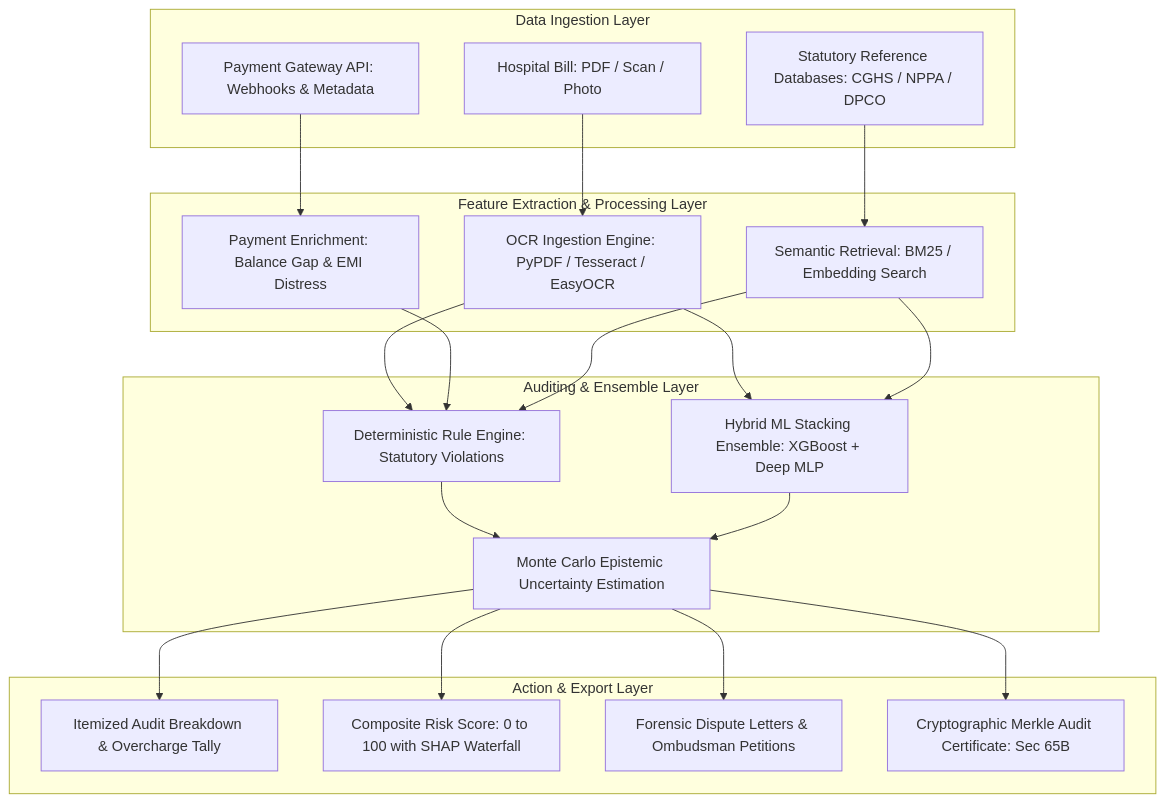
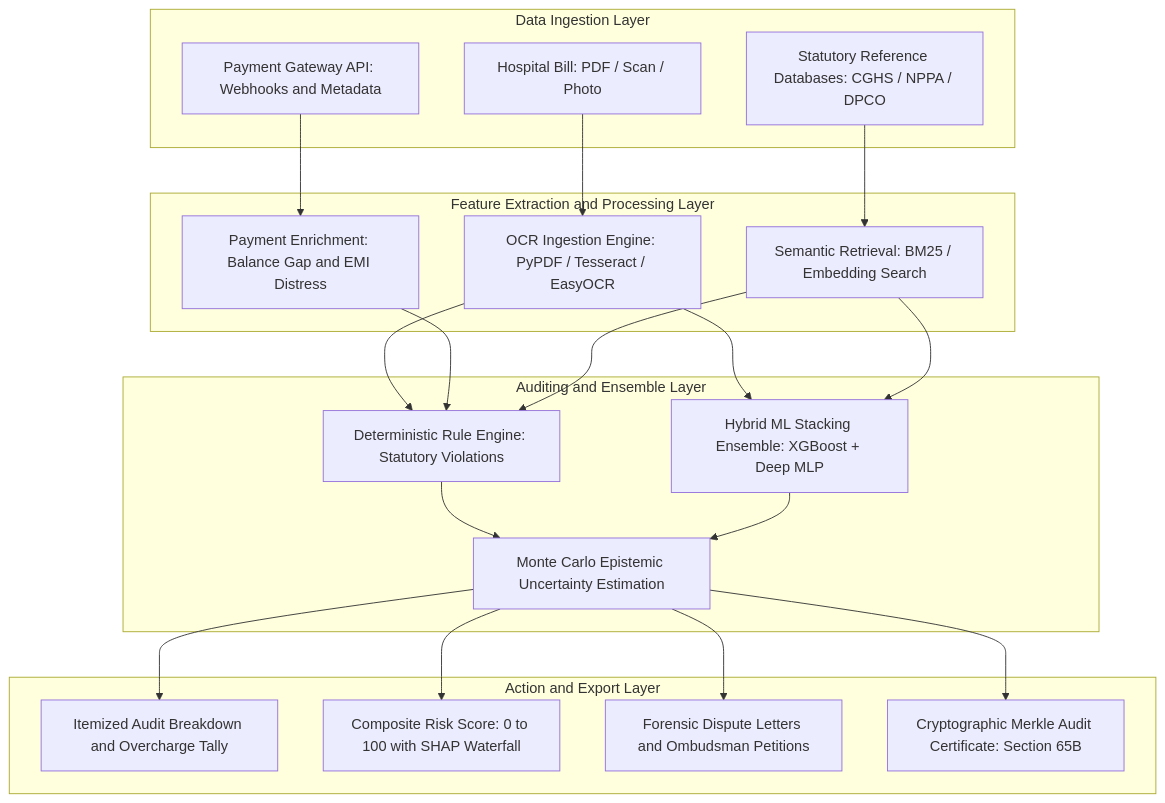
One commit to Harshil-18-byte/CuraVeris changed the second of 2 diagrams in README.md. Above: the diagram before and after it, drawn with Mermaid. The commit also changed other lines of this file, not shown here.

Commit message:
Rewrite README in engineering documentation style: stripped metadata frontmatter, added mermaid diagrams, math formulas, stat table, and links to all docs

````diff
--- a/README.md
+++ b/README.md
@@ -56,46 +82,45 @@
 ```mermaid
 flowchart TD
-    subgraph Inputs [Data Ingestion Layer]
-        A1[Hospital Bill: PDF / Scan / Photo]
-        A2[Payment Gateway API: Webhooks & Metadata]
-        A3[Statutory Reference Databases: CGHS / NPPA / DPCO]
-    end
+  subgraph Inputs [Data Ingestion Layer]
+    A1[Hospital Bill: PDF / Scan / Photo]
+    A2[Payment Gateway API: Webhooks and Metadata]
+    A3[Statutory Reference Databases: CGHS / NPPA / DPCO]
+  end
 
-    subgraph Processing [Feature Extraction & Processing Layer]
-        B1[OCR Ingestion Engine: PyPDF / Tesseract / EasyOCR]
-        B2[Payment Enrichment: Balance Gap & EMI Distress]
-        B3[Semantic Retrieval: BM25 / Embedding Search]
-    end
+  subgraph Processing [Feature Extraction and Processing Layer]
+    B1[OCR Ingestion Engine: PyPDF / Tesseract / EasyOCR]
+    B2[Payment Enrichment: Balance Gap and EMI Distress]
+    B3[Semantic Retrieval: BM25 / Embedding Search]
+  end
 
-    subgraph Decision [Auditing & Ensemble Layer]
-        C1[Deterministic Rule Engine: Statutory Violations]
-        C2[Hybrid ML Stacking Ensemble: XGBoost + Deep MLP]
-        C3[Monte Carlo Epistemic Uncertainty Estimation]
-    end
+  subgraph Decision [Auditing and Ensemble Layer]
+    C1[Deterministic Rule Engine: Statutory Violations]
+    C2[Hybrid ML Stacking Ensemble: XGBoost + Deep MLP]
+    C3[Monte Carlo Epistemic Uncertainty Estimation]
+  end
 
-    subgraph Outputs [Action & Export Layer]
-        D1[Itemized Audit Breakdown & Overcharge Tally]
-        D2[Composite Risk Score: 0 to 100 with SHAP Waterfall]
-        D3[Forensic Dispute Letters & Ombudsman Petitions]
-        D4[Cryptographic Merkle Audit Certificate: Sec 65B]
-    end
+  subgraph Outputs [Action and Export Layer]
+    D1[Itemized Audit Breakdown and Overcharge Tally]
+    D2[Composite Risk Score: 0 to 100 with SHAP Waterfall]
+    D3[Forensic Dispute Letters and Ombudsman Petitions]
+    D4[Cryptographic Merkle Audit Certificate: Section 65B]
+  end
 
-    A1 --> B1
-    A2 --> B2
-    A3 --> B3
+  A1 --> B1
+  A2 --> B2
+  A3 --> B3
 
-    B1 --> C1
-    B1 --> C2
-    B2 --> C1
-    B3 --> C1
-    B3 --> C2
+  B1 --> C1
+  B1 --> C2
+  B2 --> C1
+  B3 --> C1
+  B3 --> C2
 
-    C1 --> C3
-    C2 --> C3
+  C1 --> C3
+  C2 --> C3
 
-    C3 --> D1
-    C3 --> D2
-    C3 --> D3
-    C3 --> D4
-
+  C3 --> D1
+  C3 --> D2
+  C3 --> D3
+  C3 --> D4
 ```
````
